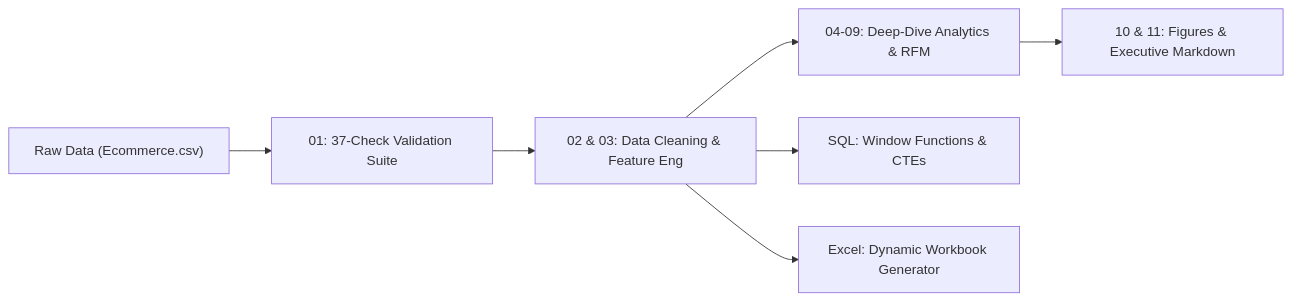
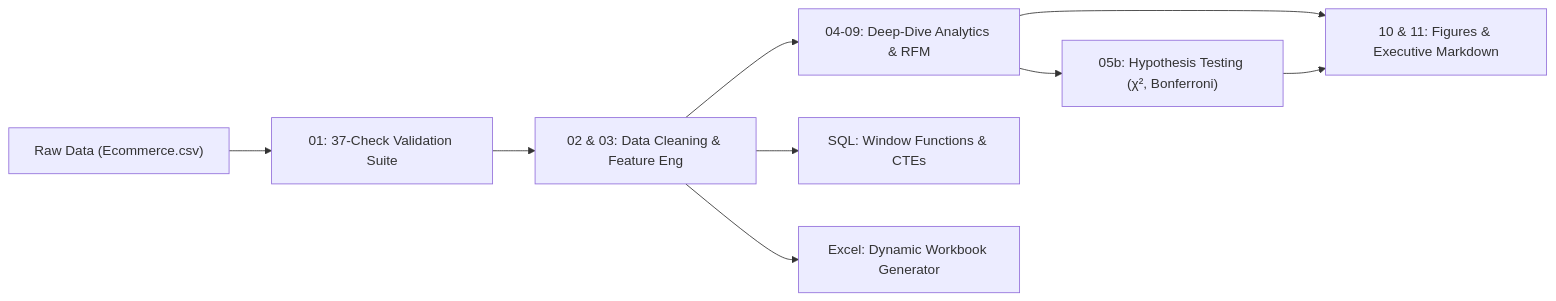
The diagram in README.md (Aditya33534523/Ecommerce-analysis), drawn with Mermaid before and after one commit. The commit also changed other lines of this file, not shown here.

````diff
--- a/README.md
+++ b/README.md
@@ -36,9 +52,11 @@
 ```mermaid
 flowchart LR
     A["Raw Data (Ecommerce.csv)"] --> B["01: 37-Check Validation Suite"]
     B --> C["02 & 03: Data Cleaning & Feature Eng"]
     C --> D["04-09: Deep-Dive Analytics & RFM"]
+    D --> H["05b: Hypothesis Testing (χ², Bonferroni)"]
     D --> E["10 & 11: Figures & Executive Markdown"]
+    H --> E
     C --> F["SQL: Window Functions & CTEs"]
     C --> G["Excel: Dynamic Workbook Generator"]
 ```
````
